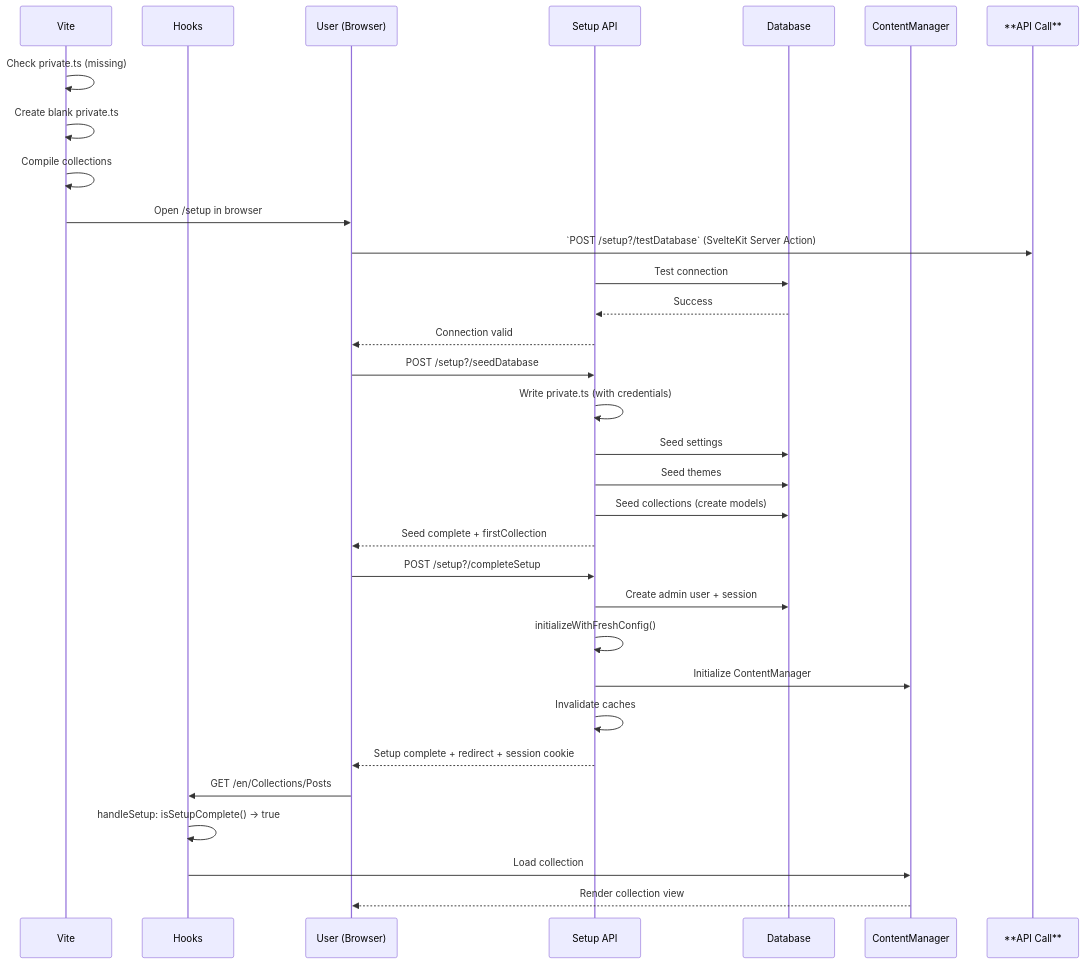
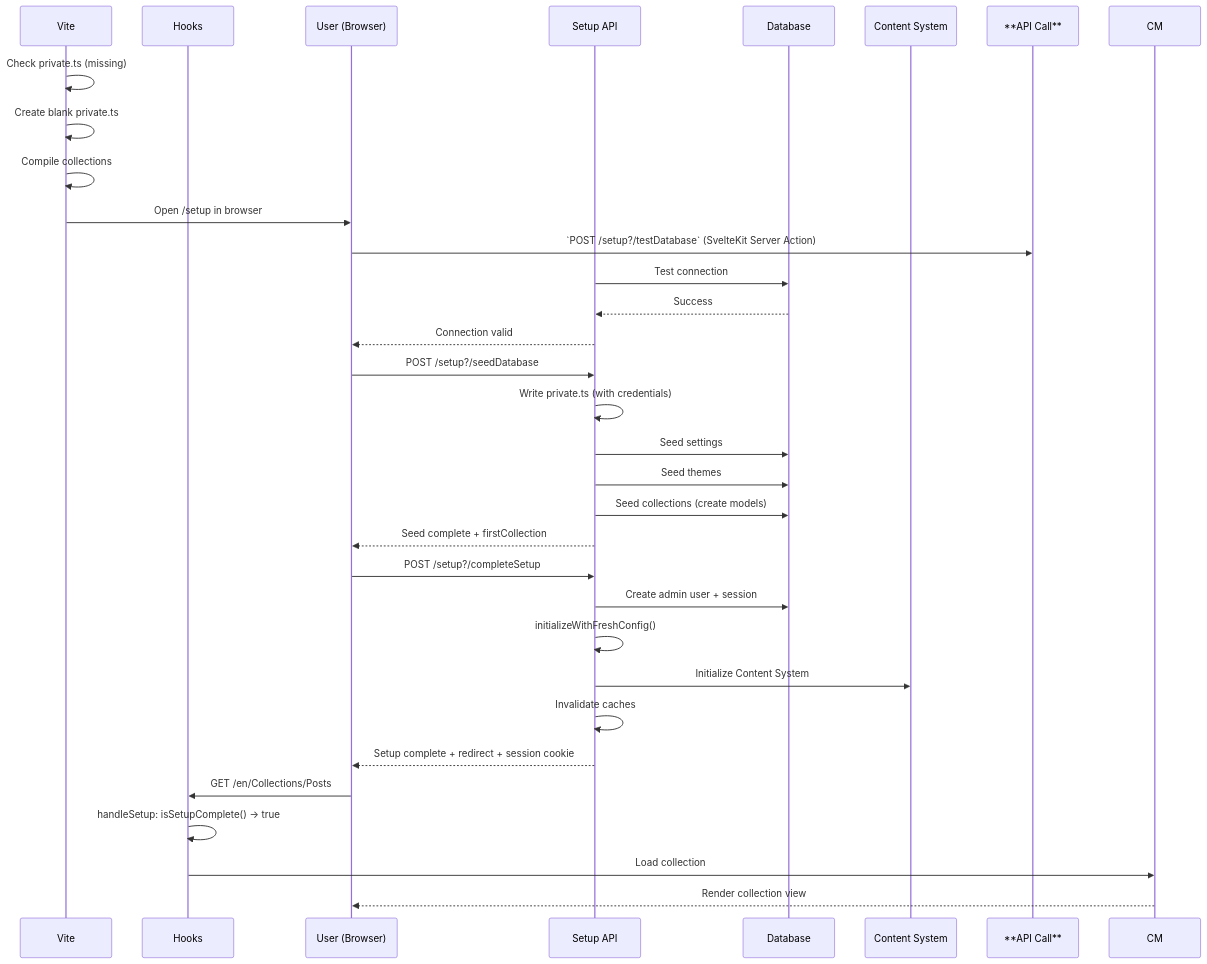
Before and after one commit to TamoorArif/SveltyCMS: the eighth of 9 diagrams in docs/architecture/initialization-workflow.mdx, drawn with Mermaid. The commit also changed other lines of this file and 118 other files, not shown here.

Commit message:
refactor: consolidate content management logic by replacing legacy modules with unified store and service layers and updating setup wizard architecture.

````diff
--- a/docs/architecture/initialization-workflow.mdx
+++ b/docs/architecture/initialization-workflow.mdx
@@ -1368,38 +1368,38 @@
 ```mermaid
 sequenceDiagram
     participant V as Vite
     participant H as Hooks
     participant U as User (Browser)
     participant API as Setup API
     participant DB as Database
-    participant CM as ContentManager
+    participant CS as Content System
 
     V->>V: Check private.ts (missing)
     V->>V: Create blank private.ts
     V->>V: Compile collections
     V->>U: Open /setup in browser
 
     U->>**API Call**: `POST /setup?/testDatabase` (SvelteKit Server Action)
     API->>DB: Test connection
     DB-->>API: Success
     API-->>U: Connection valid
 
     U->>API: POST /setup?/seedDatabase
     API->>API: Write private.ts (with credentials)
     API->>DB: Seed settings
     API->>DB: Seed themes
     API->>DB: Seed collections (create models)
     API-->>U: Seed complete + firstCollection
 
     U->>API: POST /setup?/completeSetup
     API->>DB: Create admin user + session
     API->>API: initializeWithFreshConfig()
-    API->>CM: Initialize ContentManager
+    API->>CS: Initialize Content System
     API->>API: Invalidate caches
     API-->>U: Setup complete + redirect + session cookie
 
     U->>H: GET /en/Collections/Posts
     H->>H: handleSetup: isSetupComplete() → true
     H->>CM: Load collection
     CM-->>U: Render collection view
 ```
````
